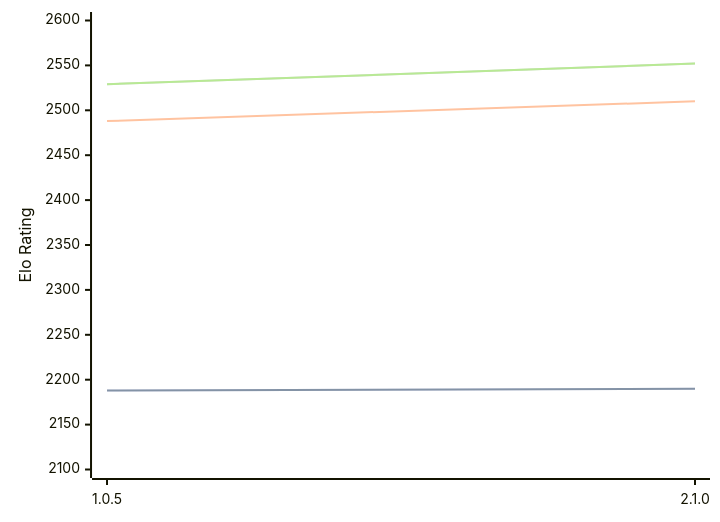
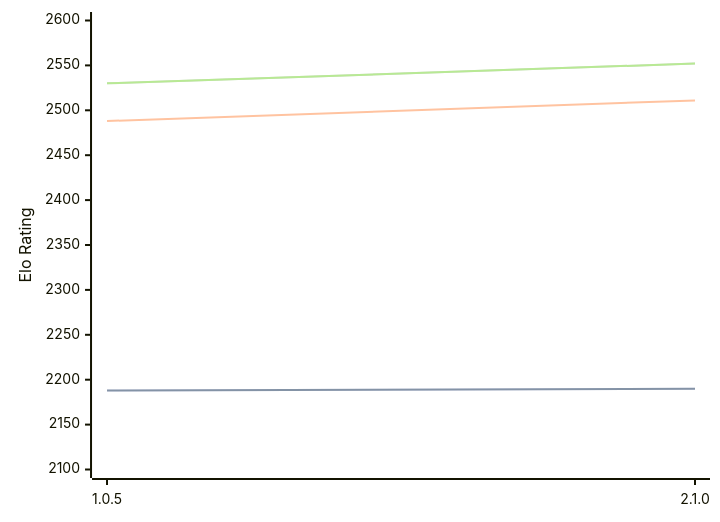
One commit to computer-chess-index/cci changed the diagram in engines/Ruffian.md. Above: the diagram before and after it, drawn with Mermaid. The commit also changed other lines of this file, not shown here.

Commit message:
Update CCI Ratings (ELO VLTC) - 2026-02-19

````diff
--- a/engines/Ruffian.md
+++ b/engines/Ruffian.md
@@ -29,11 +29,11 @@
 ```mermaid
 %%{init: {"theme":"base","themeVariables":{"seriesColors:['#a3a3a3','#222221','#faa371']}}}%%
 xychart-beta
   x-axis ["1.0.5", "2.1.0"]
   y-axis "Elo Rating" 2100 --> 2600
   line "STC (8.0+0.08s)" [2188, 2190]
   line "STC (8.0+0.08s)" [2188, 2190]
-  line "LTC (60.0+0.60s)" [2488, 2510]
-  line "VLTC (2m24s+1.12s)" [2529, 2552]
-  line "VLTC (2m24s+1.12s)" [2529, 2552]
+  line "LTC (60.0+0.60s)" [2488, 2511]
+  line "VLTC (2m24s+1.12s)" [2530, 2552]
+  line "VLTC (2m24s+1.12s)" [2530, 2552]
 ```
````
